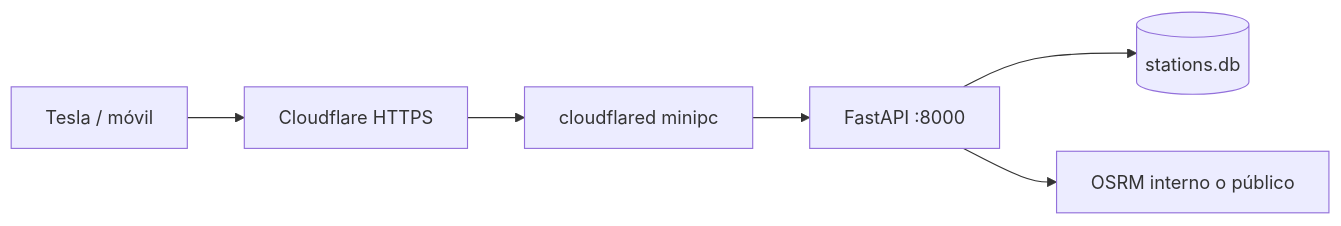
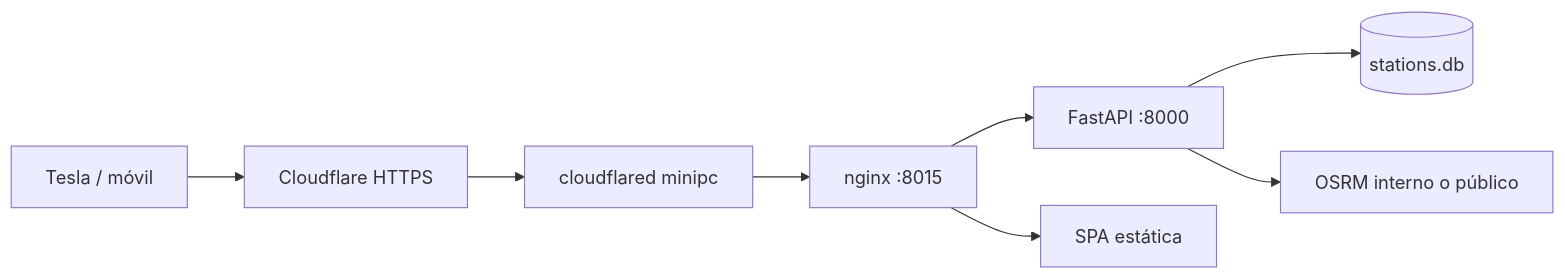
The first of 2 diagrams in docs/DEPLOYMENT.md (jualas/electrolineras), drawn with Mermaid before and after one commit. The commit also changed other lines of this file and 182 other files, not shown here.

````diff
--- a/docs/DEPLOYMENT.md
+++ b/docs/DEPLOYMENT.md
@@ -107,8 +112,10 @@
 ```mermaid
 flowchart LR
   User[Tesla / móvil] --> CF[Cloudflare HTTPS]
   CF --> Tunnel[cloudflared minipc]
-  Tunnel --> App[FastAPI :8000]
-  App --> DB[(stations.db)]
-  App --> OSRM[OSRM interno o público]
+  Tunnel --> Nginx[nginx :8015]
+  Nginx --> API[FastAPI :8000]
+  Nginx --> Static[SPA estática]
+  API --> DB[(stations.db)]
+  API --> OSRM[OSRM interno o público]
 ```
````
